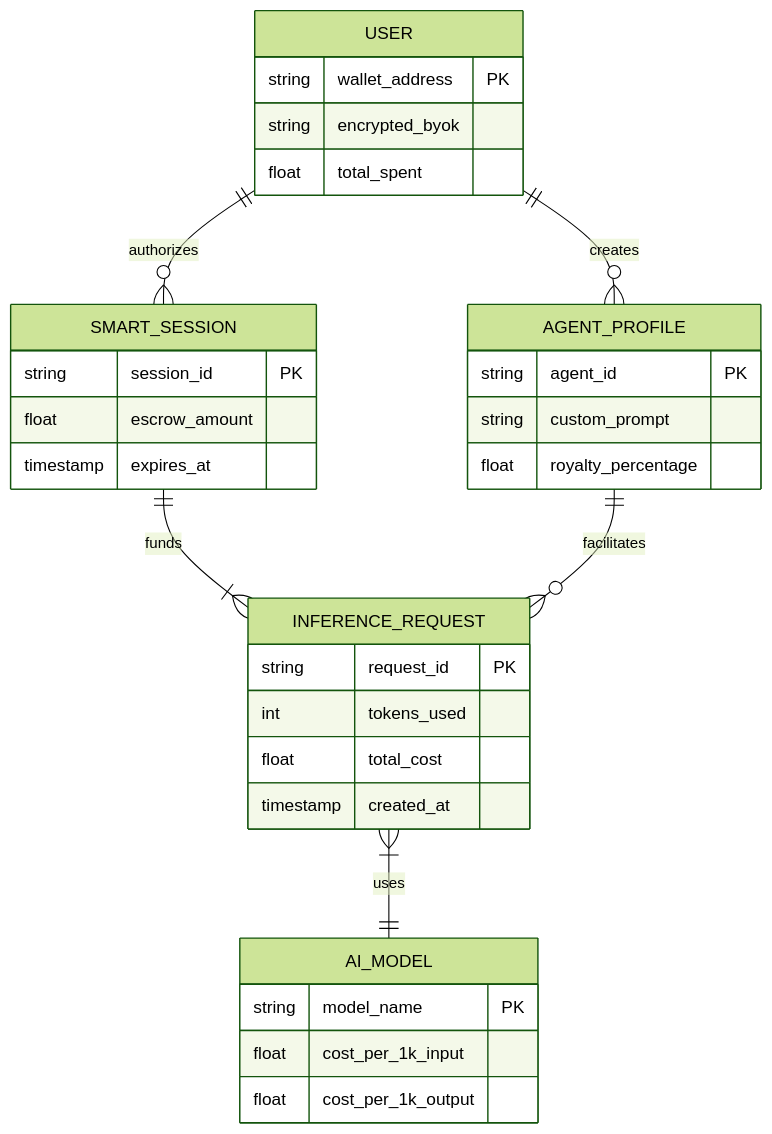
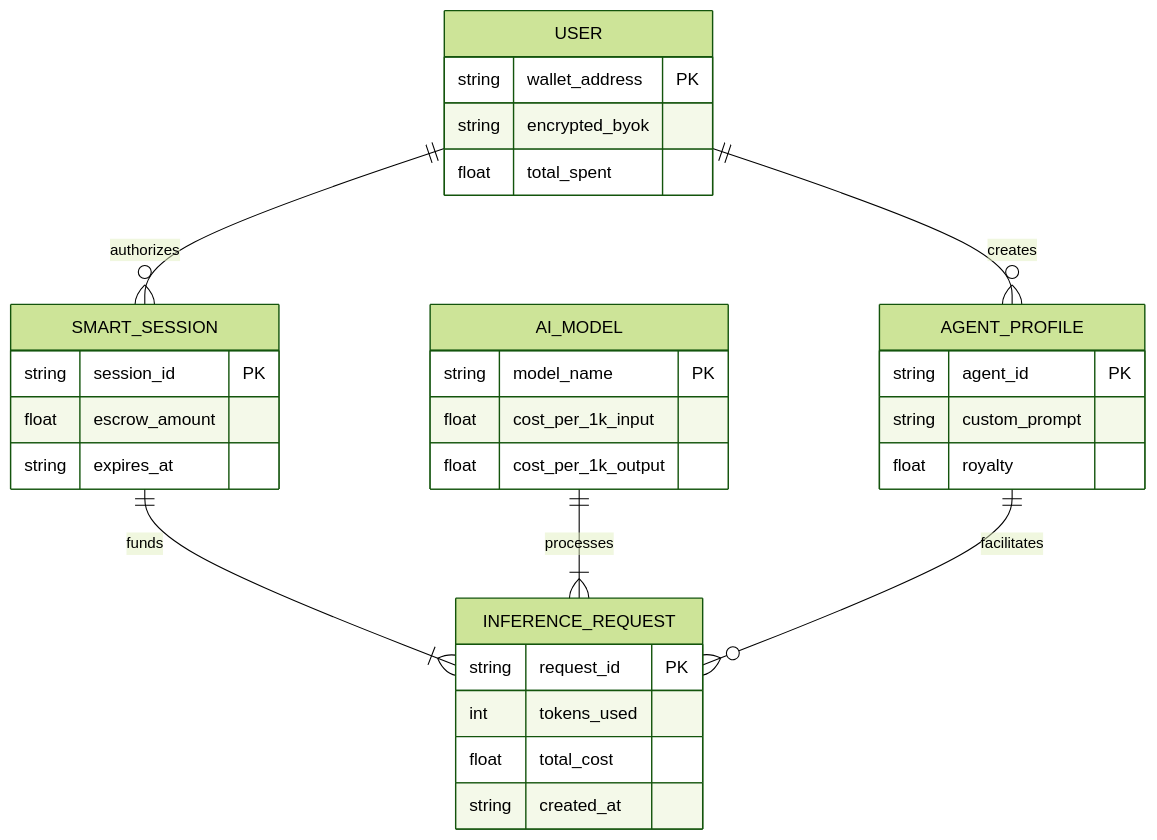
One commit to WPrasad99/Pay-Per-Use-Ai changed the first of 2 diagrams in README.md. Above: the diagram before and after it, drawn with Mermaid (forest theme).

Commit message:
Fix syntax in Mermaid ER diagram

````diff
--- a/README.md
+++ b/README.md
@@ -127,34 +127,35 @@
 ```mermaid
 erDiagram
-    USER ||--o{ SMART_SESSION : "authorizes"
-    USER ||--o{ AGENT_PROFILE : "creates"
+    USER ||--o{ SMART_SESSION : authorizes
+    USER ||--o{ AGENT_PROFILE : creates
+    SMART_SESSION ||--|{ INFERENCE_REQUEST : funds
+    AI_MODEL ||--|{ INFERENCE_REQUEST : processes
+    AGENT_PROFILE ||--o{ INFERENCE_REQUEST : facilitates
+
     USER {
         string wallet_address PK
         string encrypted_byok
         float total_spent
     }
-    SMART_SESSION ||--|{ INFERENCE_REQUEST : "funds"
     SMART_SESSION {
         string session_id PK
         float escrow_amount
-        timestamp expires_at
+        string expires_at
     }
-    INFERENCE_REQUEST }|--|| AI_MODEL : "uses"
     INFERENCE_REQUEST {
         string request_id PK
         int tokens_used
         float total_cost
-        timestamp created_at
+        string created_at
     }
     AI_MODEL {
         string model_name PK
         float cost_per_1k_input
         float cost_per_1k_output
     }
-    AGENT_PROFILE ||--o{ INFERENCE_REQUEST : "facilitates"
     AGENT_PROFILE {
         string agent_id PK
         string custom_prompt
-        float royalty_percentage
+        float royalty
     }
 ```
````
